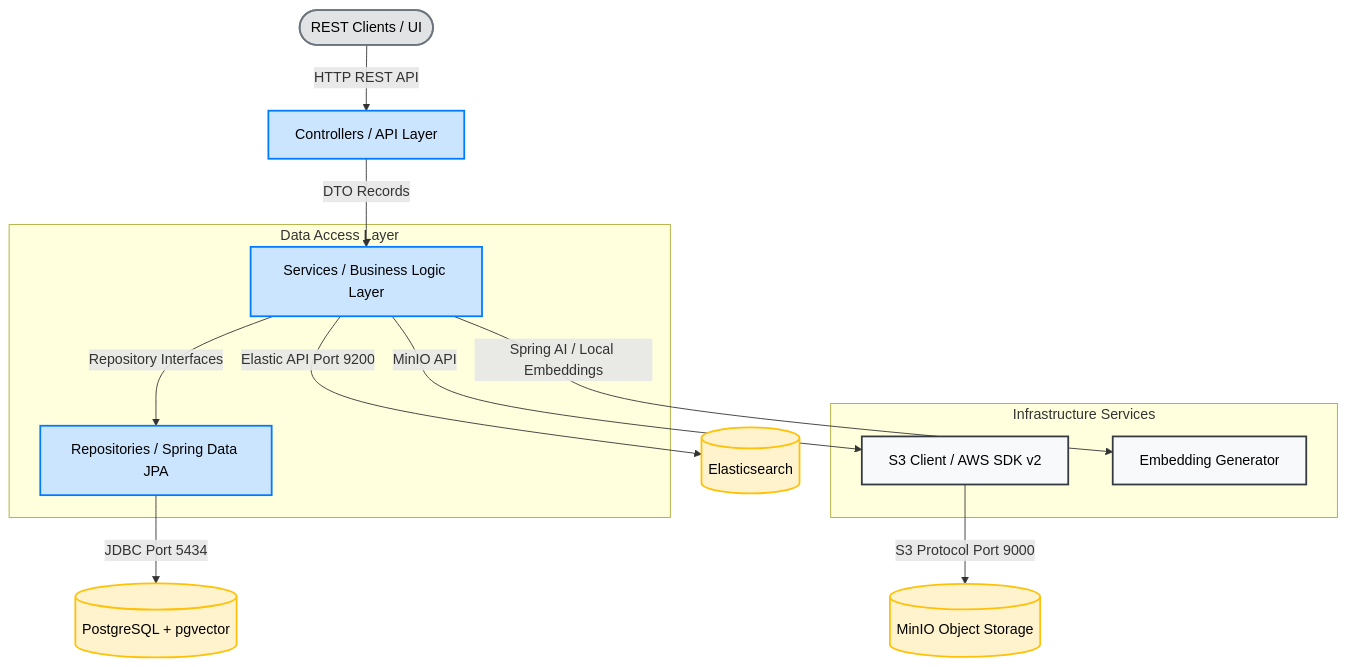
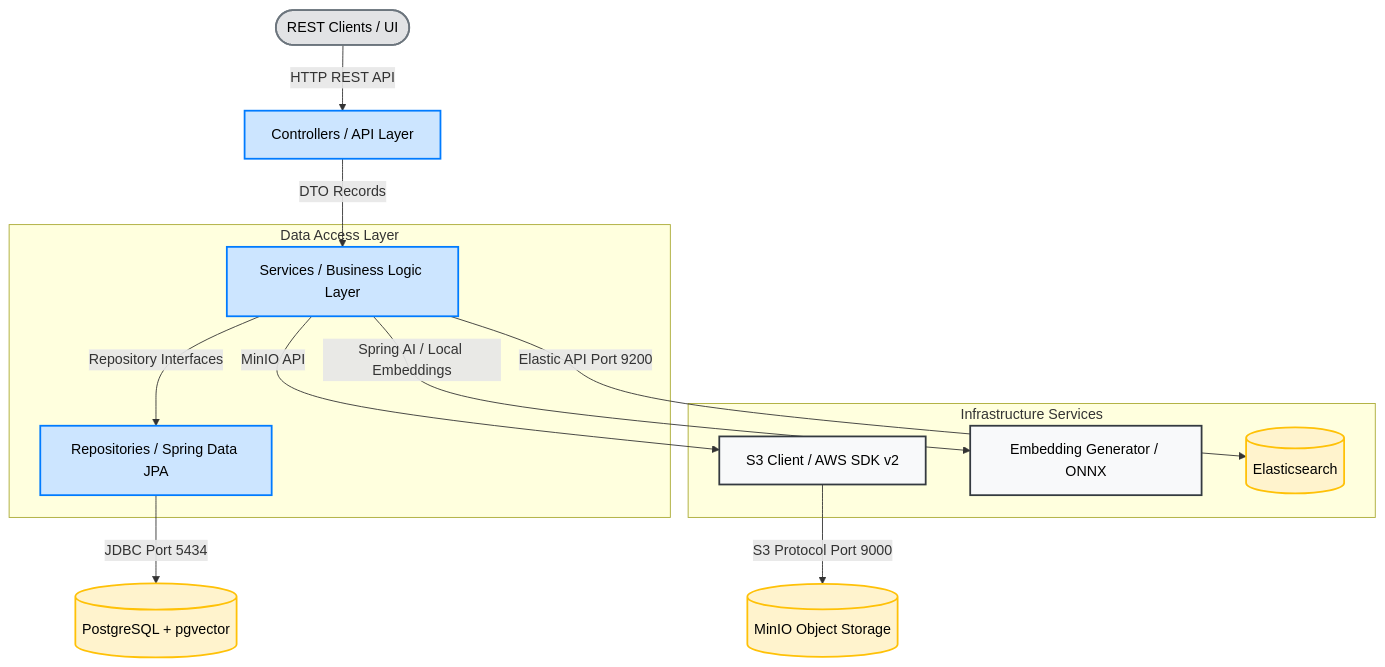
The first of 2 diagrams in ARCHITECTURE.md (pmfml/cognitive-vault), drawn with Mermaid before and after one commit. The commit also changed other lines of this file and 17 other files, not shown here.

````diff
--- a/ARCHITECTURE.md
+++ b/ARCHITECTURE.md
@@ -22,29 +23,29 @@
 ```mermaid
 graph TD
     Client([REST Clients / UI]) -->|HTTP REST API| Controller[Controllers / API Layer]
     Controller -->|DTO Records| Service[Services / Business Logic Layer]
-    
+
     subgraph Data Access Layer
         Service -->|Repository Interfaces| Repositories[Repositories / Spring Data JPA]
     end
 
     subgraph Infrastructure Services
         Service -->|MinIO API| S3Client[S3 Client / AWS SDK v2]
-        Service -->|Spring AI / Local Embeddings| EmbeddingClient[Embedding Generator]
+        Service -->|Spring AI / Local Embeddings| EmbeddingClient[Embedding Generator / ONNX]
+        Service -->|Elastic API Port 9200| ES[(Elasticsearch)]
     end
 
     Repositories -->|JDBC Port 5434| DB[(PostgreSQL + pgvector)]
     S3Client -->|S3 Protocol Port 9000| MinIO[(MinIO Object Storage)]
-    Service -->|Elastic API Port 9200| ES[(Elasticsearch)]
 
     %% Styling
     classDef client fill:#e2e3e5,stroke:#6c757d,stroke-width:2px,color:#000000;
     classDef app fill:#cce5ff,stroke:#007bff,stroke-width:2px,color:#000000;
     classDef layer fill:#f8f9fa,stroke:#343a40,stroke-width:2px,color:#000000;
     classDef infra fill:#fff3cd,stroke:#ffc107,stroke-width:2px,color:#000000;
 
     class Client client;
     class Controller,Service,Repositories app;
     class S3Client,EmbeddingClient layer;
     class DB,MinIO,ES infra;
 ```
````
